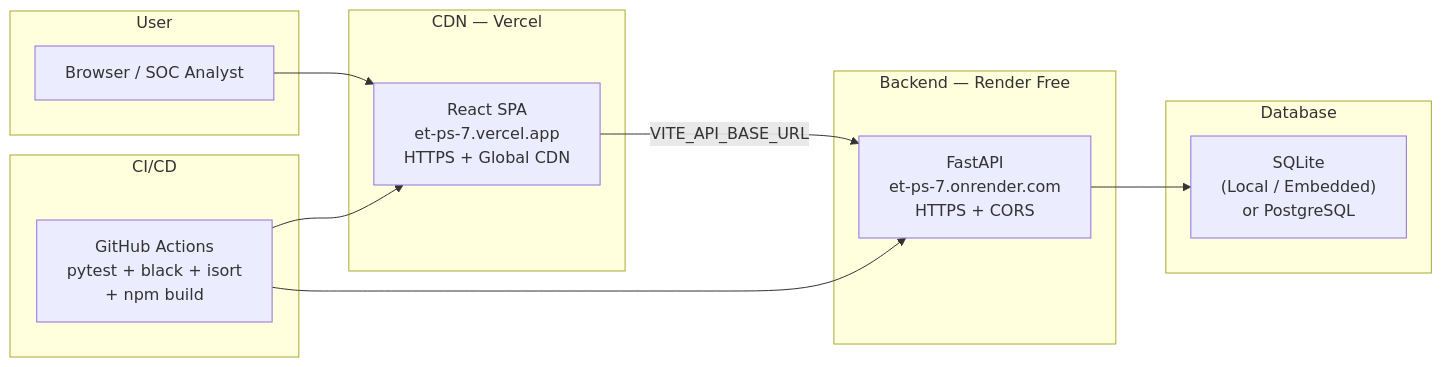
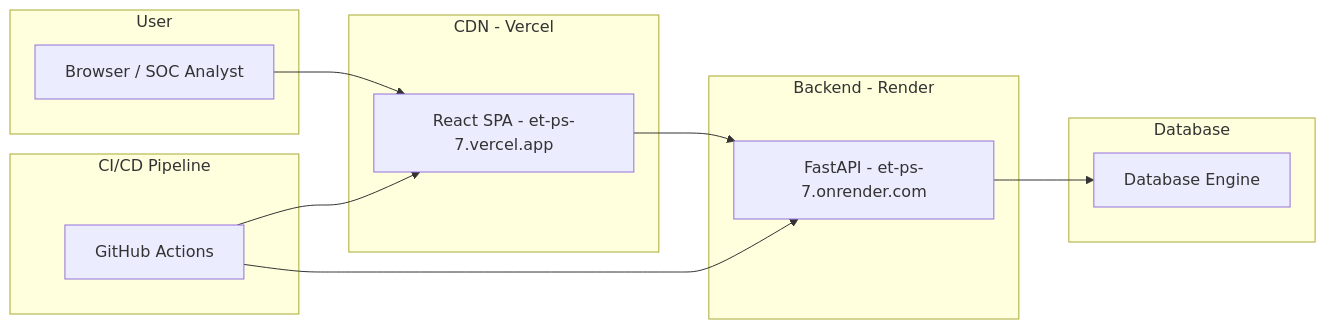
One commit to Thirumal143200/ET-PS-7 changed the fourth of 4 diagrams in README.md. Above: the diagram before and after it, drawn with Mermaid. The commit also changed other lines of this file, not shown here.

Commit message:
fix(readme): format Mermaid diagrams to strict GitHub Markdown syntax standards

````diff
--- a/README.md
+++ b/README.md
@@ -257,28 +248,28 @@
 ```mermaid
-graph LR
-    subgraph "User"
-        B["Browser / SOC Analyst"]
+flowchart LR
+    subgraph User
+        B[Browser / SOC Analyst]
     end
 
-    subgraph "CDN — Vercel"
-        F["React SPA<br/>et-ps-7.vercel.app<br/>HTTPS + Global CDN"]
+    subgraph CDN - Vercel
+        F[React SPA - et-ps-7.vercel.app]
     end
 
-    subgraph "Backend — Render Free"
-        A["FastAPI<br/>et-ps-7.onrender.com<br/>HTTPS + CORS"]
+    subgraph Backend - Render
+        A[FastAPI - et-ps-7.onrender.com]
     end
 
-    subgraph "Database"
-        D["SQLite<br/>(Local / Embedded)<br/>or PostgreSQL"]
+    subgraph Database
+        D[Database Engine]
     end
 
-    subgraph "CI/CD"
-        G["GitHub Actions<br/>pytest + black + isort<br/>+ npm build"]
+    subgraph CI/CD Pipeline
+        G[GitHub Actions]
     end
 
     B --> F
-    F -->|"VITE_API_BASE_URL"| A
+    F --> A
     A --> D
     G --> F
     G --> A
 ```
````
